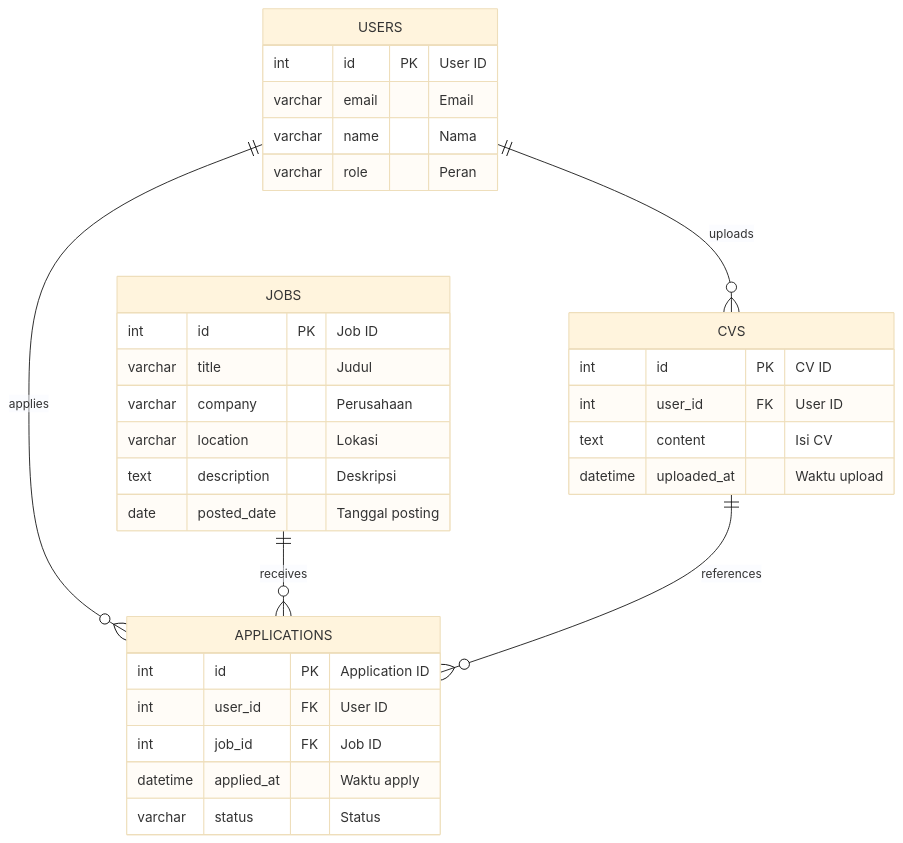
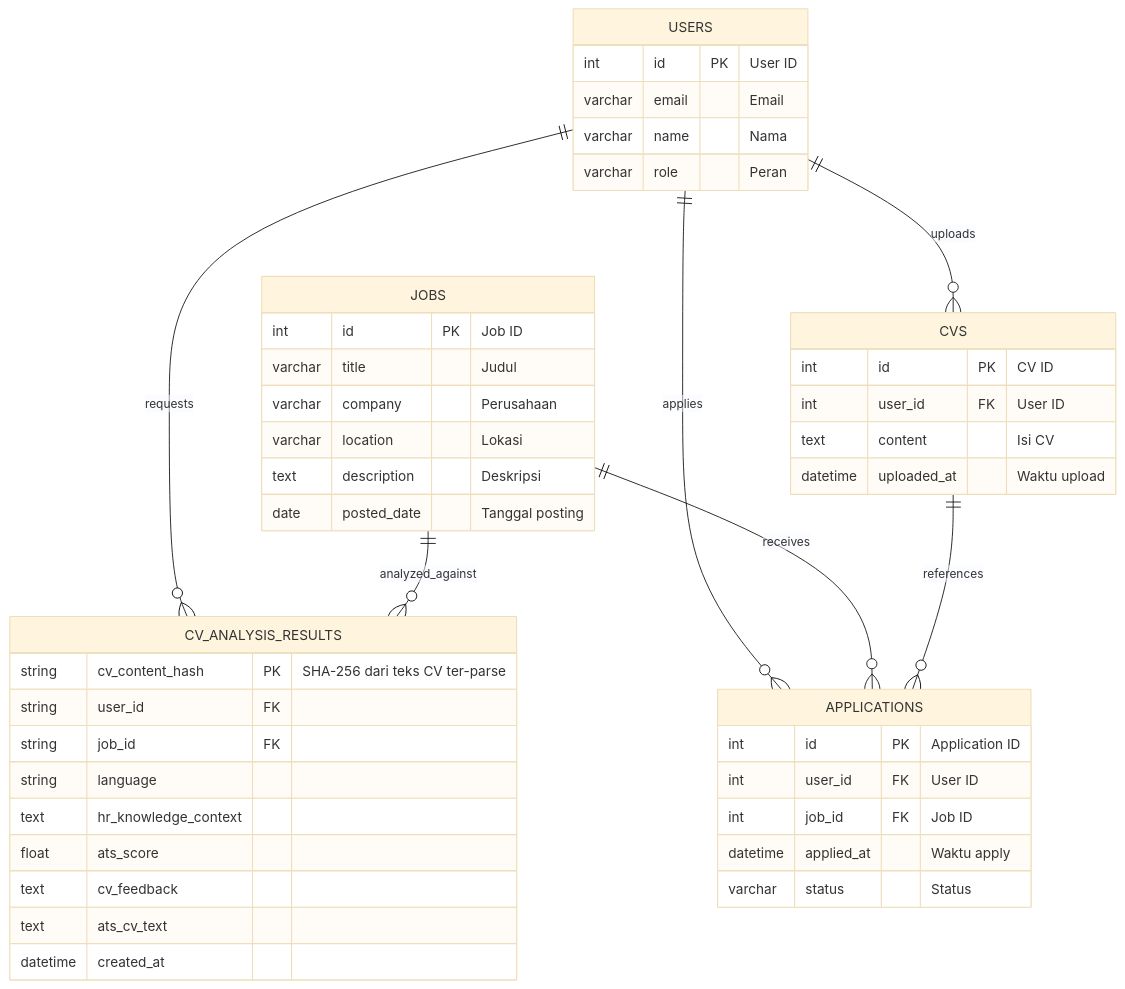
One commit to indri007/sweet-align-hub changed the diagram in ERD_JobMatch_AI.md. Above: the diagram before and after it, drawn with Mermaid (base theme). The commit also changed 10 other files, not shown here.

Commit message:
Track remaining scripts and updated PRD/ERD docs

````diff
--- a/ERD_JobMatch_AI.md
+++ b/ERD_JobMatch_AI.md
@@ -5,35 +5,49 @@
 ```mermaid
 erDiagram
+  USERS ||--o{ CV_ANALYSIS_RESULTS : requests
+  JOBS ||--o{ CV_ANALYSIS_RESULTS : analyzed_against
     JOBS {
         int id PK "Job ID"
         varchar title "Judul"
         varchar company "Perusahaan"
         varchar location "Lokasi"
         text description "Deskripsi"
         date posted_date "Tanggal posting"
     }
     USERS {
         int id PK "User ID"
         varchar email "Email"
         varchar name "Nama"
         varchar role "Peran"
     }
     APPLICATIONS {
         int id PK "Application ID"
         int user_id FK "User ID"
         int job_id FK "Job ID"
         datetime applied_at "Waktu apply"
         varchar status "Status"
     }
     CVS {
         int id PK "CV ID"
         int user_id FK "User ID"
         text content "Isi CV"
         datetime uploaded_at "Waktu upload"
     }
 
     USERS ||--o{ APPLICATIONS : "applies"
     JOBS ||--o{ APPLICATIONS : "receives"
     USERS ||--o{ CVS : "uploads"
     CVS ||--o{ APPLICATIONS : "references"
+
+  CV_ANALYSIS_RESULTS {
+    string cv_content_hash PK "SHA-256 dari teks CV ter-parse"
+    string user_id FK
+    string job_id FK
+    string language
+    text hr_knowledge_context
+    float ats_score
+    text cv_feedback
+    text ats_cv_text
+    datetime created_at
+  }
 ```
````
